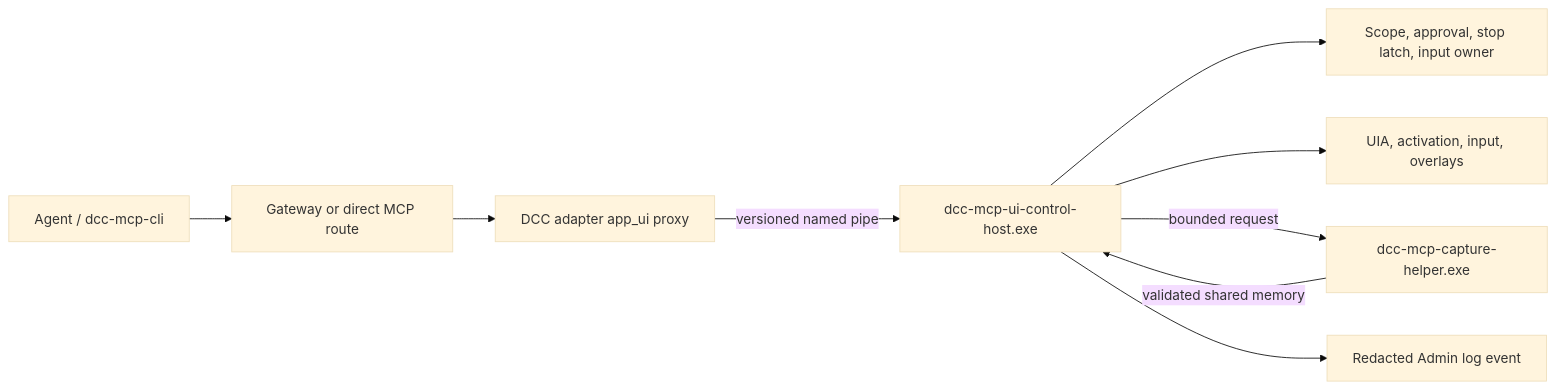
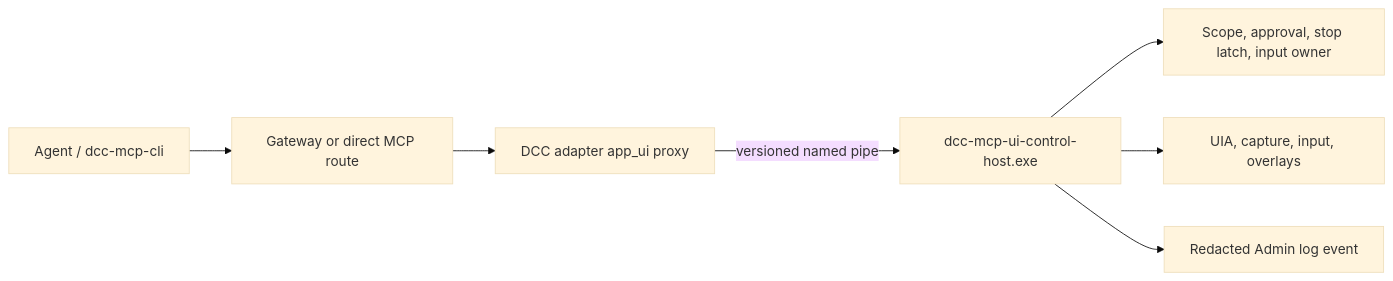
One commit to dcc-mcp/dcc-mcp-core changed the diagram in docs/adr/014-isolate-ui-control-host.md. Above: the diagram before and after it, drawn with Mermaid (base theme). The commit also changed other lines of this file and 139 other files, not shown here.

````diff
--- a/docs/adr/014-isolate-ui-control-host.md
+++ b/docs/adr/014-isolate-ui-control-host.md
@@ -101,11 +96,9 @@
 ```mermaid
 flowchart LR
     AGENT["Agent / dcc-mcp-cli"] --> GW["Gateway or direct MCP route"]
     GW --> ADAPTER["DCC adapter app_ui proxy"]
     ADAPTER -->|"versioned named pipe"| HOST["dcc-mcp-ui-control-host.exe"]
     HOST --> POLICY["Scope, approval, stop latch, input owner"]
-    HOST --> UIA["UIA, activation, input, overlays"]
-    HOST -->|"bounded request"| CAPTURE["dcc-mcp-capture-helper.exe"]
-    CAPTURE -->|"validated shared memory"| HOST
+    HOST --> UIA["UIA, capture, input, overlays"]
     HOST --> AUDIT["Redacted Admin log event"]
 ```
````
